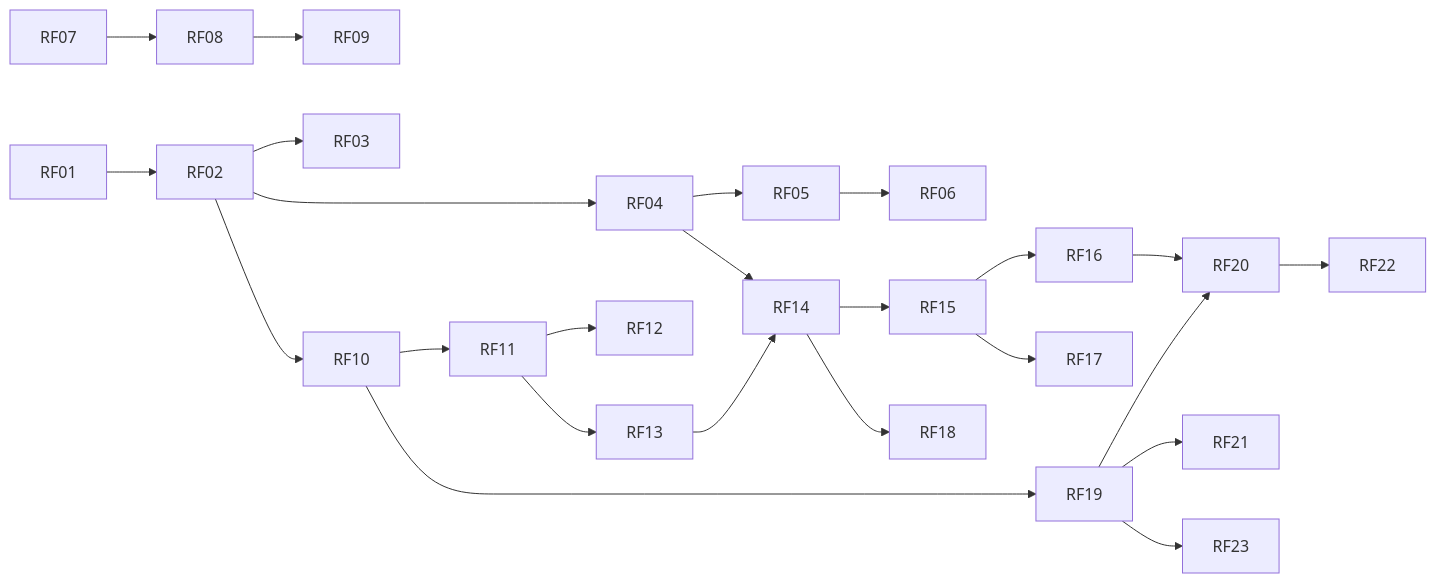
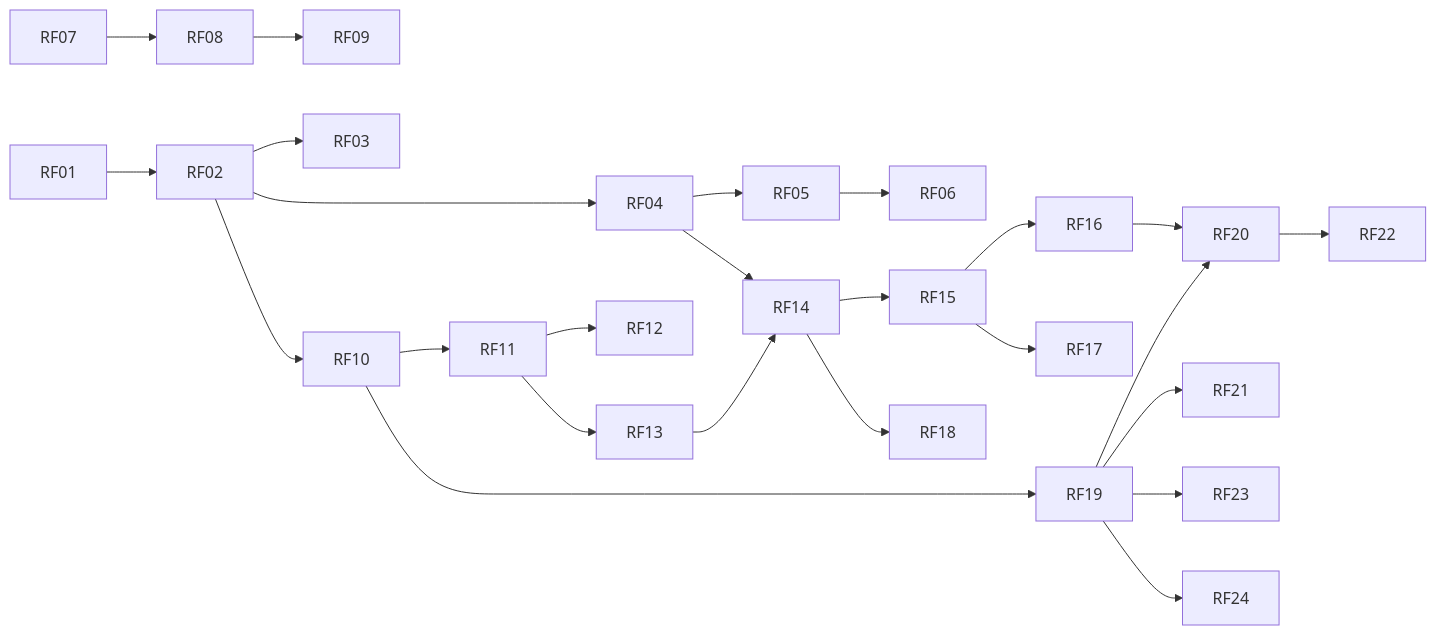
One commit to frnnd95/agorahub-app changed the diagram in docs/requisitos.md. Above: the diagram before and after it, drawn with Mermaid. The commit also changed other lines of this file, not shown here.

````diff
--- a/docs/requisitos.md
+++ b/docs/requisitos.md
@@ -174,16 +176,17 @@
 ```mermaid
 flowchart LR
     RF01 --> RF02 --> RF03
     RF02 --> RF04 --> RF05 --> RF06
     RF07 --> RF08 --> RF09
     RF02 --> RF10 --> RF11 --> RF12
     RF11 --> RF13 --> RF14
     RF04 --> RF14
     RF14 --> RF15 --> RF16 --> RF20
     RF15 --> RF17
     RF14 --> RF18
     RF10 --> RF19 --> RF20
     RF19 --> RF21
     RF20 --> RF22
     RF19 --> RF23
+    RF19 --> RF24
 ```
````
